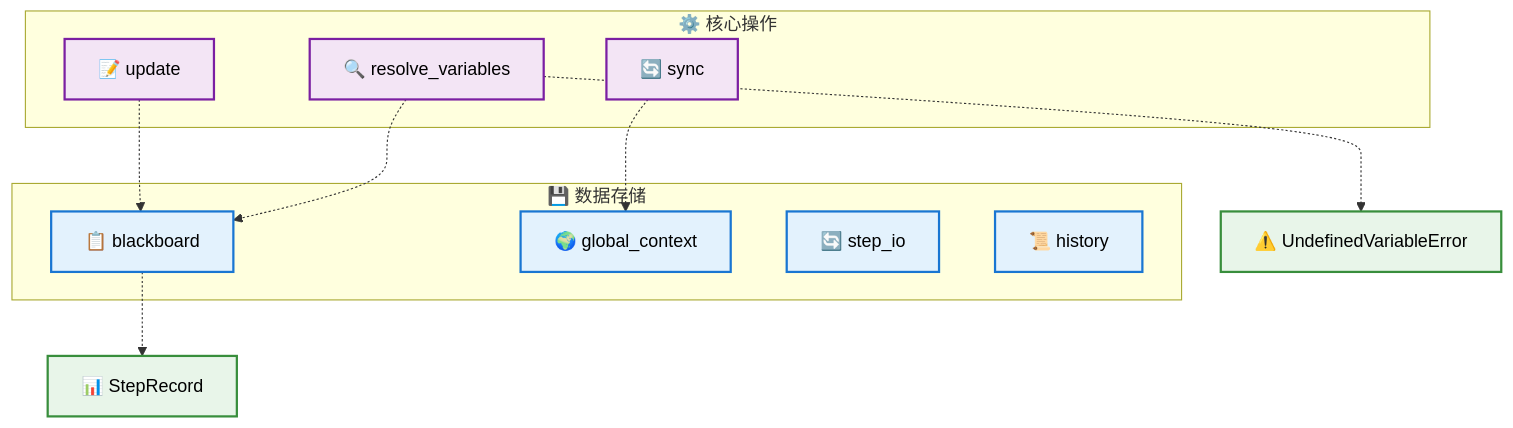
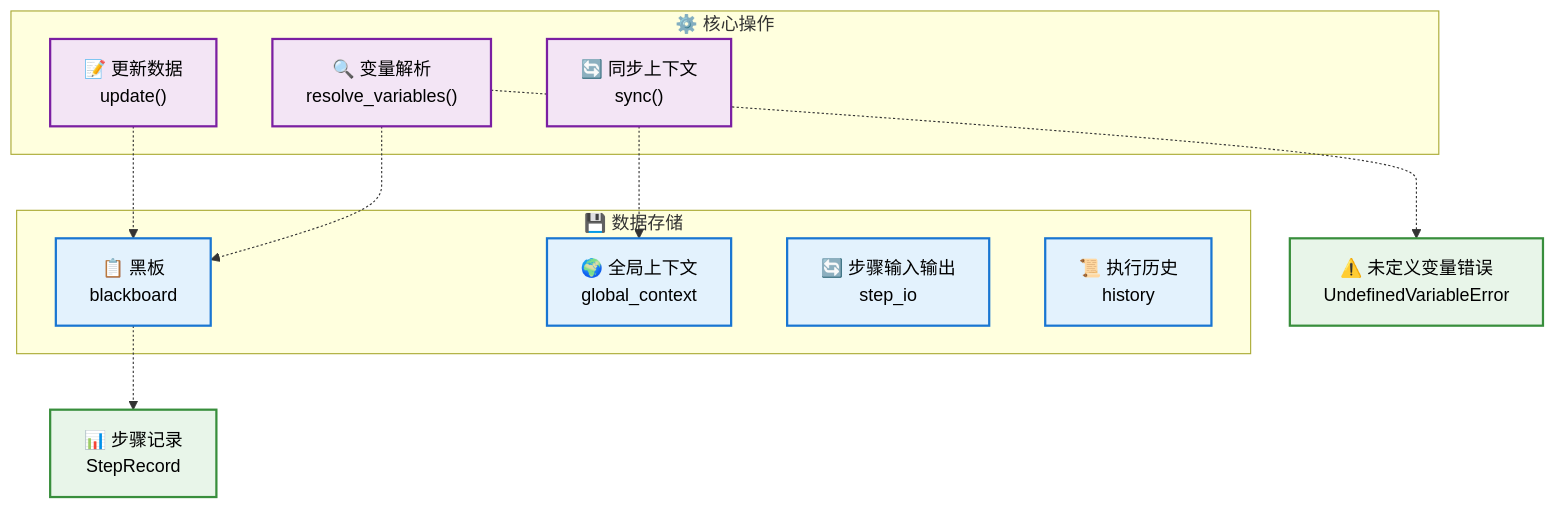
Before and after one commit to 0mao0/AnGIneer: the fourth of 6 diagrams in README.md, drawn with Mermaid. The commit also changed other lines of this file, not shown here.

Commit message:
v0.0.22 docs: 更新README中的流程图中文标签和函数说明 重点修改TableLookup，可能换为LLM模式以适应规范中各式各样的表格样式

````diff
--- a/README.md
+++ b/README.md
@@ -159,38 +159,38 @@
 ```mermaid
 flowchart TD
     %% 样式定义
     classDef store fill:#e3f2fd,stroke:#1976d2,stroke-width:2px,color:#000
     classDef op fill:#f3e5f5,stroke:#7b1fa2,stroke-width:2px,color:#000
     classDef model fill:#e8f5e9,stroke:#388e3c,stroke-width:2px,color:#000
-    
+
     %% 数据存储
     subgraph Store["💾 数据存储"]
-        M_BB["📋 blackboard"]
-        M_GC["🌍 global_context"]
-        M_STEP_IO["🔄 step_io"]
-        M_HIST["📜 history"]
+        M_BB["📋 黑板<br>blackboard"]
+        M_GC["🌍 全局上下文<br>global_context"]
+        M_STEP_IO["🔄 步骤输入输出<br>step_io"]
+        M_HIST["📜 执行历史<br>history"]
     end
-    
+
     %% 核心操作
     subgraph Ops["⚙️ 核心操作"]
-        M_UPDATE["📝 update"]
-        M_RESOLVE["🔍 resolve_variables"]
-        M_SYNC["🔄 sync"]
+        M_UPDATE["📝 更新数据<br>update()"]
+        M_RESOLVE["🔍 变量解析<br>resolve_variables()"]
+        M_SYNC["🔄 同步上下文<br>sync()"]
     end
-    
+
     %% 数据模型
-    M_STEP_REC["📊 StepRecord"]
-    M_UNDEF_ERR["⚠️ UndefinedVariableError"]
-    
+    M_STEP_REC["📊 步骤记录<br>StepRecord"]
+    M_UNDEF_ERR["⚠️ 未定义变量错误<br>UndefinedVariableError"]
+
     %% 连接
     M_UPDATE -.-> M_BB
     M_RESOLVE -.-> M_BB
     M_SYNC -.-> M_GC
     M_BB -.-> M_STEP_REC
     M_RESOLVE -.-> M_UNDEF_ERR
-    
+
     %% 样式
     class M_BB,M_GC,M_STEP_IO,M_HIST store
     class M_UPDATE,M_RESOLVE,M_SYNC op
     class M_STEP_REC,M_UNDEF_ERR model
 ```
````
